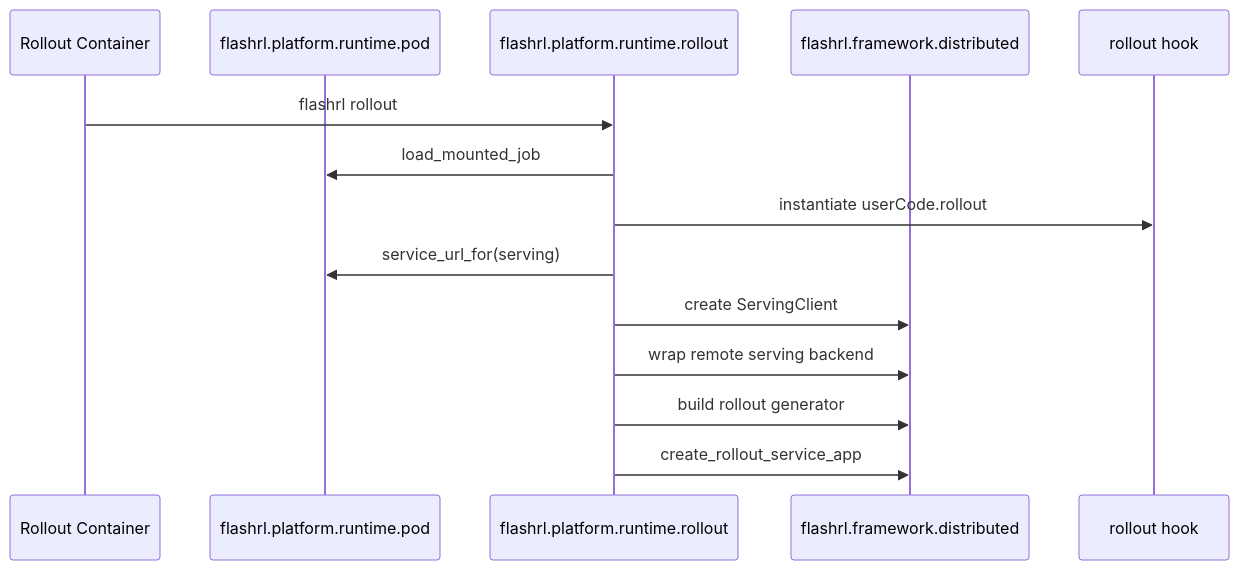
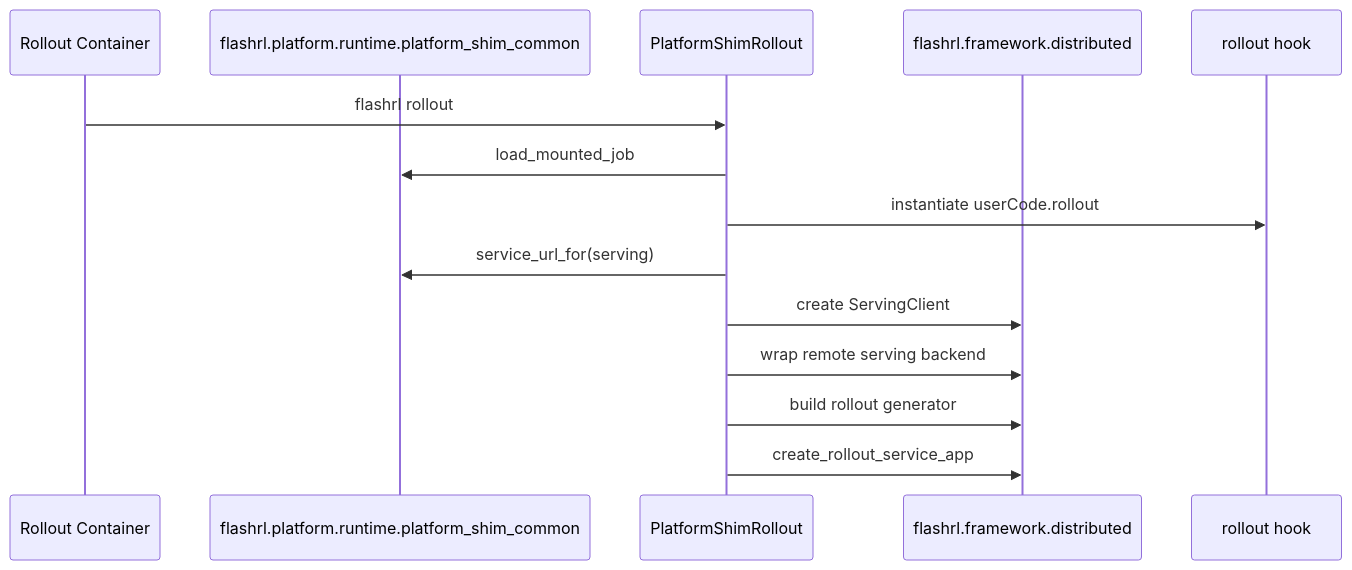
One commit to lastweek/FlashRL changed the sixth of 13 diagrams in docs/platform-architecture.md. Above: the diagram before and after it, drawn with Mermaid. The commit also changed other lines of this file and 29 other files, not shown here.

````diff
--- a/docs/platform-architecture.md
+++ b/docs/platform-architecture.md
@@ -268,17 +271,17 @@
 ```mermaid
 sequenceDiagram
     participant Container as Rollout Container
-    participant PodContract as flashrl.platform.runtime.pod
-    participant Platform as flashrl.platform.runtime.rollout
+    participant PodContract as flashrl.platform.runtime.platform_shim_common
+    participant Platform as PlatformShimRollout
     participant Framework as flashrl.framework.distributed
     participant Hook as rollout hook
 
     Container->>Platform: flashrl rollout
     Platform->>PodContract: load_mounted_job
     Platform->>Hook: instantiate userCode.rollout
     Platform->>PodContract: service_url_for(serving)
     Platform->>Framework: create ServingClient
     Platform->>Framework: wrap remote serving backend
     Platform->>Framework: build rollout generator
     Platform->>Framework: create_rollout_service_app
 ```
````
